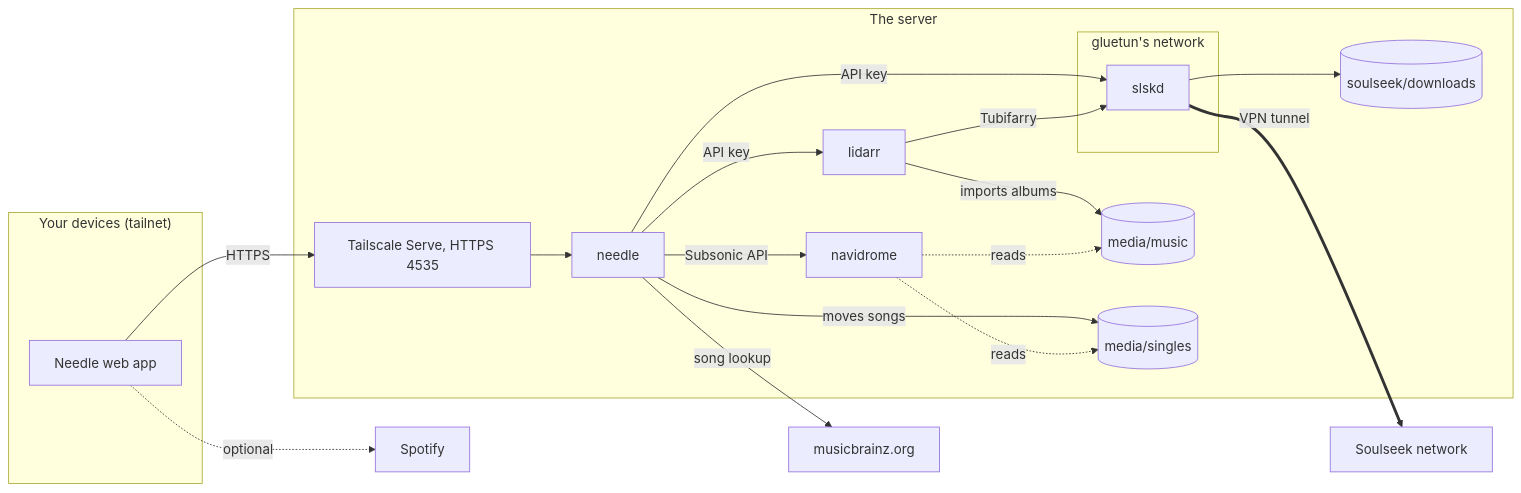
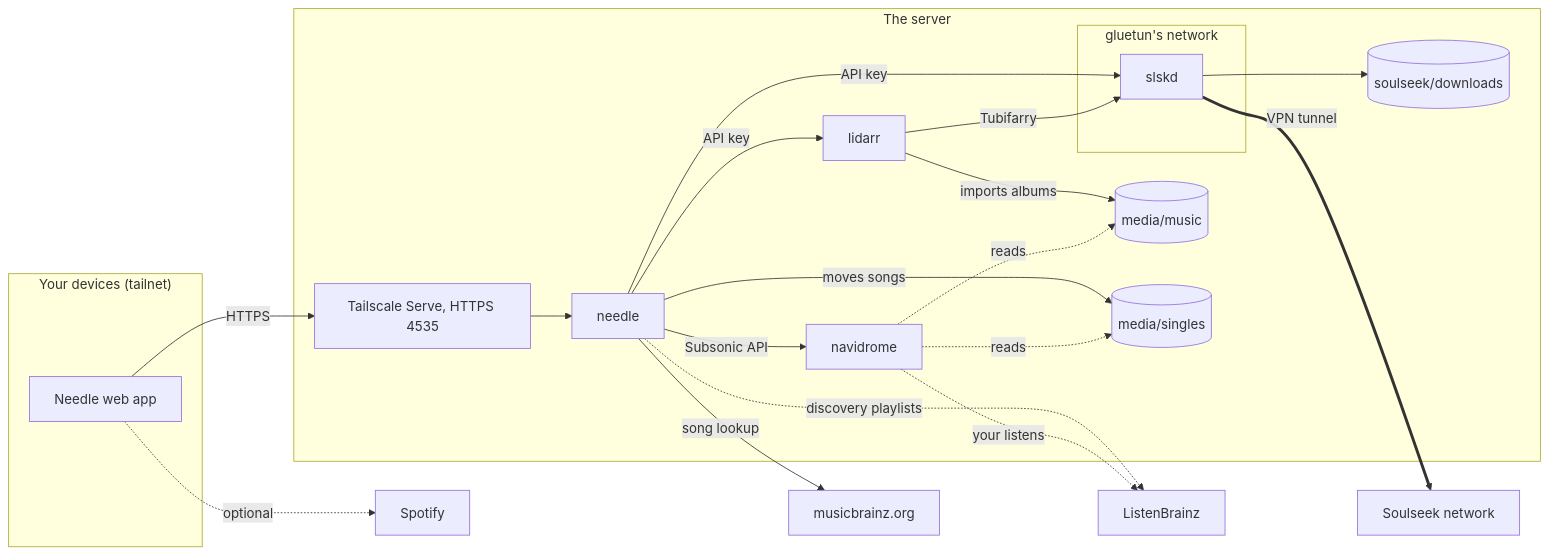
The first of 7 diagrams in docs/flows/music.md (bugrauluyurt/homelab-media-stack), drawn with Mermaid before and after one commit. The commit also changed other lines of this file and 2 other files, not shown here.

First line of the commit message:
docs(music): explain listenbrainz discovery in needle (#18)

````diff
--- a/docs/flows/music.md
+++ b/docs/flows/music.md
@@ -11,30 +11,32 @@
 ```mermaid
 flowchart LR
   subgraph devices["Your devices (tailnet)"]
     app["Needle web app"]
   end
   subgraph server["The server"]
     serve["Tailscale Serve, HTTPS 4535"]
     needle["needle"]
     navidrome["navidrome"]
     lidarr["lidarr"]
     subgraph vpn["gluetun's network"]
       slskd["slskd"]
     end
     music[("media/music")]
     singles[("media/singles")]
     downloads[("soulseek/downloads")]
   end
   app -->|HTTPS| serve --> needle
   needle -->|"Subsonic API"| navidrome
   needle -->|"API key"| lidarr
   needle -->|"API key"| slskd
   lidarr -->|Tubifarry| slskd
   slskd ==>|"VPN tunnel"| soulseek["Soulseek network"]
   slskd --> downloads
   lidarr -->|"imports albums"| music
   needle -->|"moves songs"| singles
   navidrome -.->|"reads"| music & singles
   needle -->|"song lookup"| mb["musicbrainz.org"]
+  needle -.->|"discovery playlists"| lb["ListenBrainz"]
+  navidrome -.->|"your listens"| lb
   app -.->|optional| spotify["Spotify"]
 ```
````
